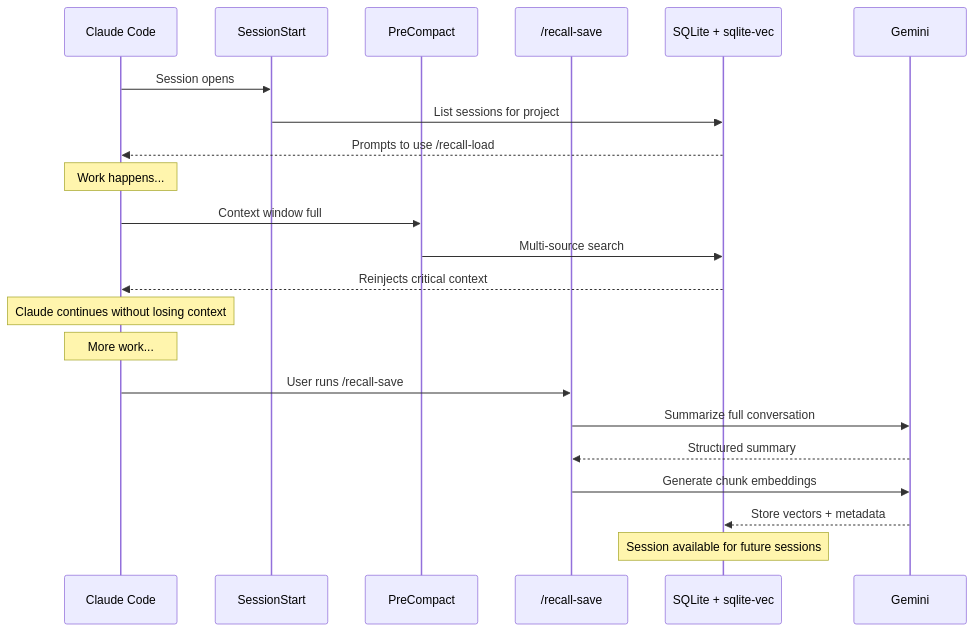
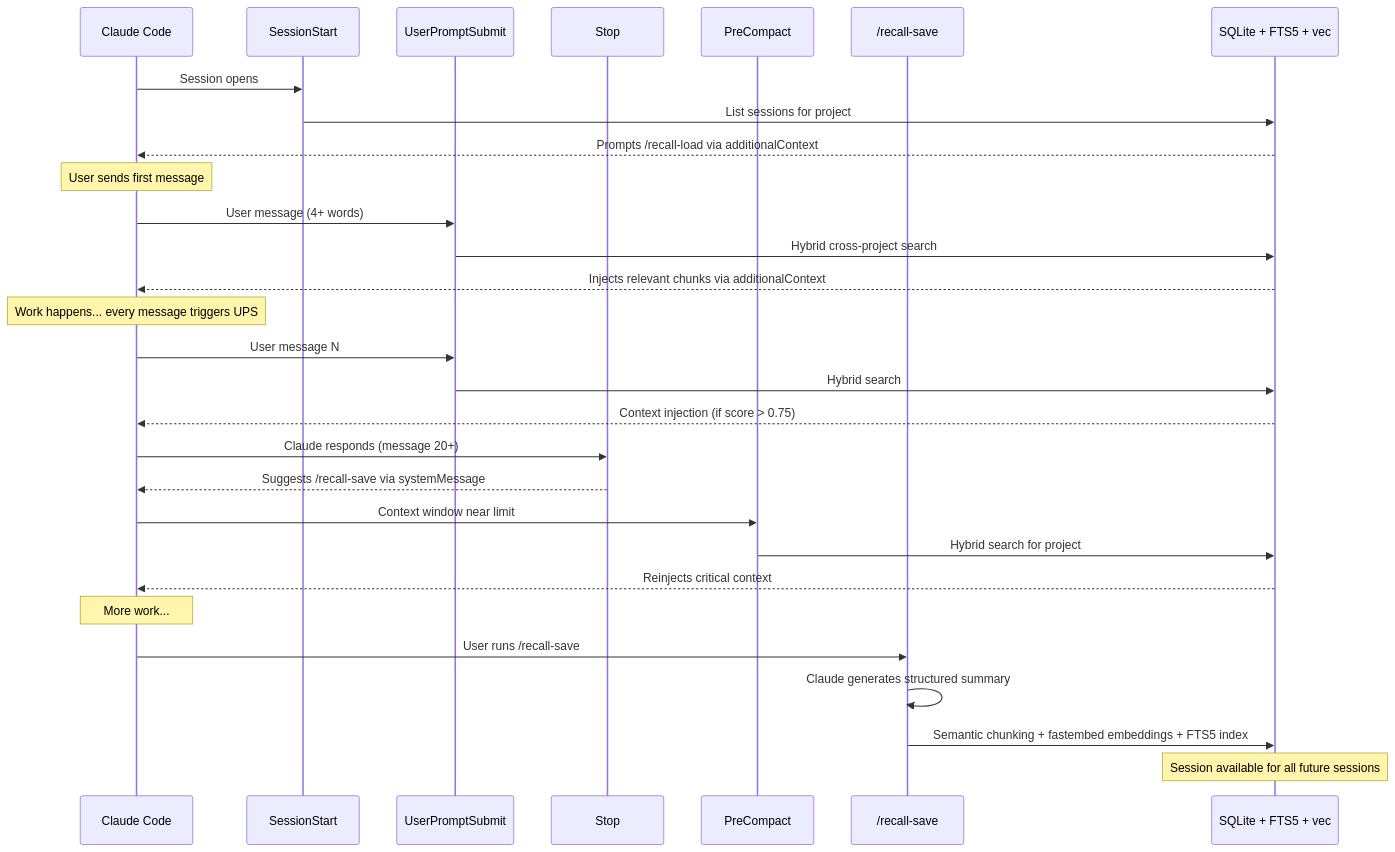
The eighth of 8 diagrams in FLUXO-ATUAL.md (altvoratech/recall), drawn with Mermaid before and after one commit. The commit also changed other lines of this file, not shown here.

First line of the commit message:
docs: rewrite FLUXO-ATUAL.md to reflect current architecture

````diff
--- a/FLUXO-ATUAL.md
+++ b/FLUXO-ATUAL.md
@@ -178,29 +248,40 @@
 ```mermaid
 sequenceDiagram
     participant CC as Claude Code
     participant SH as SessionStart
+    participant UPS as UserPromptSubmit
+    participant ST as Stop
     participant PC as PreCompact
     participant RS as /recall-save
-    participant DB as SQLite + sqlite-vec
-    participant GEM as Gemini
+    participant DB as SQLite + FTS5 + vec
 
     CC->>SH: Session opens
     SH->>DB: List sessions for project
-    DB-->>CC: Prompts to use /recall-load
+    DB-->>CC: Prompts /recall-load via additionalContext
 
-    Note over CC: Work happens...
+    Note over CC: User sends first message
 
-    CC->>PC: Context window full
-    PC->>DB: Multi-source search
+    CC->>UPS: User message (4+ words)
+    UPS->>DB: Hybrid cross-project search
+    DB-->>CC: Injects relevant chunks via additionalContext
+
+    Note over CC: Work happens... every message triggers UPS
+
+    CC->>UPS: User message N
+    UPS->>DB: Hybrid search
+    DB-->>CC: Context injection (if score > 0.75)
+
+    CC->>ST: Claude responds (message 20+)
+    ST-->>CC: Suggests /recall-save via systemMessage
+
+    CC->>PC: Context window near limit
+    PC->>DB: Hybrid search for project
     DB-->>CC: Reinjects critical context
-    Note over CC: Claude continues without losing context
 
     Note over CC: More work...
 
     CC->>RS: User runs /recall-save
-    RS->>GEM: Summarize full conversation
-    GEM-->>RS: Structured summary
-    RS->>GEM: Generate chunk embeddings
-    GEM-->>DB: Store vectors + metadata
-    Note over DB: Session available for future sessions
+    RS->>RS: Claude generates structured summary
+    RS->>DB: Semantic chunking + fastembed embeddings + FTS5 index
+    Note over DB: Session available for all future sessions
 ```
````
